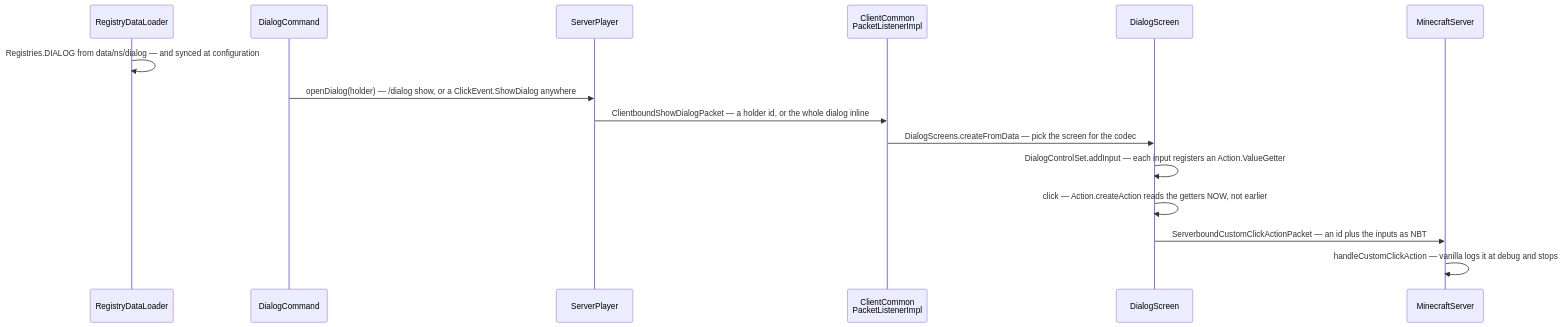
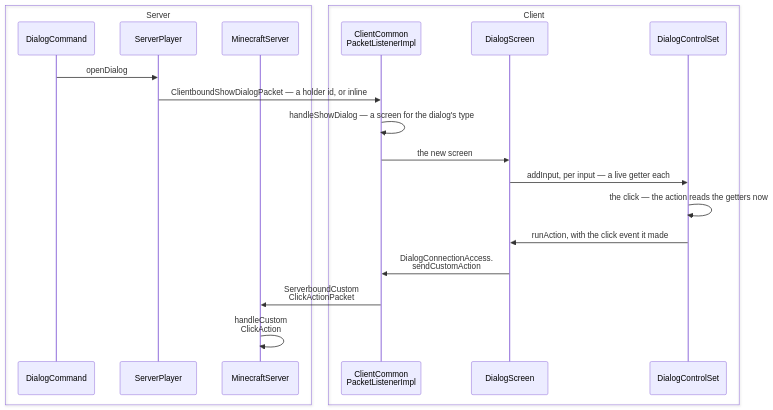
Before and after one commit to AlexanderjFraser/MinecraftDocs: the diagram in src/systems/commands/dialogs.md, drawn with Mermaid. The commit also changed other lines of this file and 16 other files, not shown here.

````diff
--- a/src/systems/commands/dialogs.md
+++ b/src/systems/commands/dialogs.md
@@ -64,18 +64,24 @@
 ```mermaid
 sequenceDiagram
-    participant RDL as RegistryDataLoader
+    box Server
     participant DlgC as DialogCommand
     participant SP as ServerPlayer
+    participant MS as MinecraftServer
+    end
+    box Client
     participant CComPL as ClientCommon<br/>PacketListenerImpl
     participant DlgS as DialogScreen
-    participant MS as MinecraftServer
+    participant DCS as DialogControlSet
+    end
 
-    RDL->>RDL: Registries.DIALOG from data/ns/dialog — and synced at configuration
-    DlgC->>SP: openDialog(holder) — /dialog show, or a ClickEvent.ShowDialog anywhere
-    SP->>CComPL: ClientboundShowDialogPacket — a holder id, or the whole dialog inline
-    CComPL->>DlgS: DialogScreens.createFromData — pick the screen for the codec
-    DlgS->>DlgS: DialogControlSet.addInput — each input registers an Action.ValueGetter
-    DlgS->>DlgS: click — Action.createAction reads the getters NOW, not earlier
-    DlgS->>MS: ServerboundCustomClickActionPacket — an id plus the inputs as NBT
-    MS->>MS: handleCustomClickAction — vanilla logs it at debug and stops
+    DlgC->>SP: openDialog
+    SP->>CComPL: ClientboundShowDialogPacket — a holder id, or inline
+    CComPL->>CComPL: handleShowDialog — a screen for the dialog's type
+    CComPL->>DlgS: the new screen
+    DlgS->>DCS: addInput, per input — a live getter each
+    DCS->>DCS: the click — the action reads the getters now
+    DCS->>DlgS: runAction, with the click event it made
+    DlgS->>CComPL: DialogConnectionAccess.<br/>sendCustomAction
+    CComPL->>MS: ServerboundCustom<br/>ClickActionPacket
+    MS->>MS: handleCustom<br/>ClickAction
 ```
````
